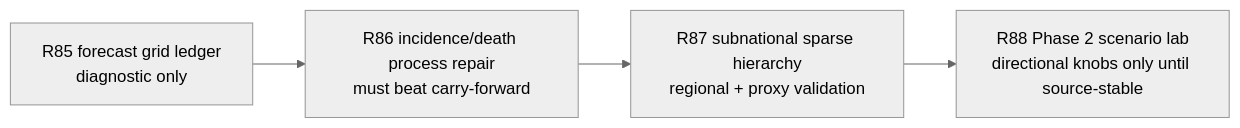
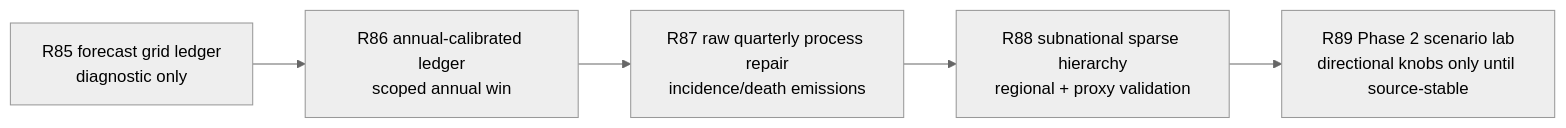
One commit to gauravshajepal-hash/ModelHIV-PH changed the fifth of 5 diagrams in README.md. Above: the diagram before and after it, drawn with Mermaid (neutral theme). The commit also changed other lines of this file and 4 other files, not shown here.

Commit message:
Add R86 annual-calibrated ledger win

````diff
--- a/README.md
+++ b/README.md
@@ -263,6 +269,7 @@
 ```mermaid
 flowchart LR
-    R85["R85 forecast grid ledger<br/>diagnostic only"] --> R86["R86 incidence/death process repair<br/>must beat carry-forward"]
-    R86 --> R87["R87 subnational sparse hierarchy<br/>regional + proxy validation"]
-    R87 --> R88["R88 Phase 2 scenario lab<br/>directional knobs only until source-stable"]
+    R85["R85 forecast grid ledger<br/>diagnostic only"] --> R86["R86 annual-calibrated ledger<br/>scoped annual win"]
+    R86 --> R87["R87 raw quarterly process repair<br/>incidence/death emissions"]
+    R87 --> R88["R88 subnational sparse hierarchy<br/>regional + proxy validation"]
+    R88 --> R89["R89 Phase 2 scenario lab<br/>directional knobs only until source-stable"]
 ```
````
